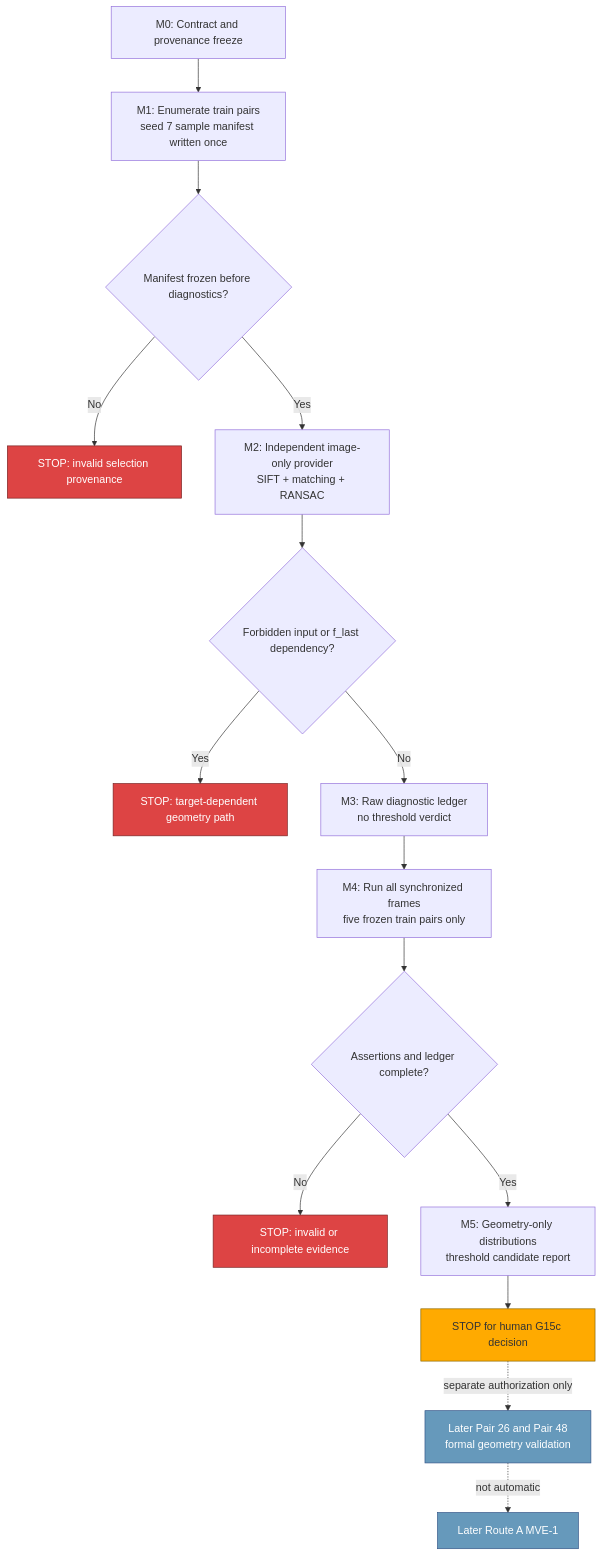
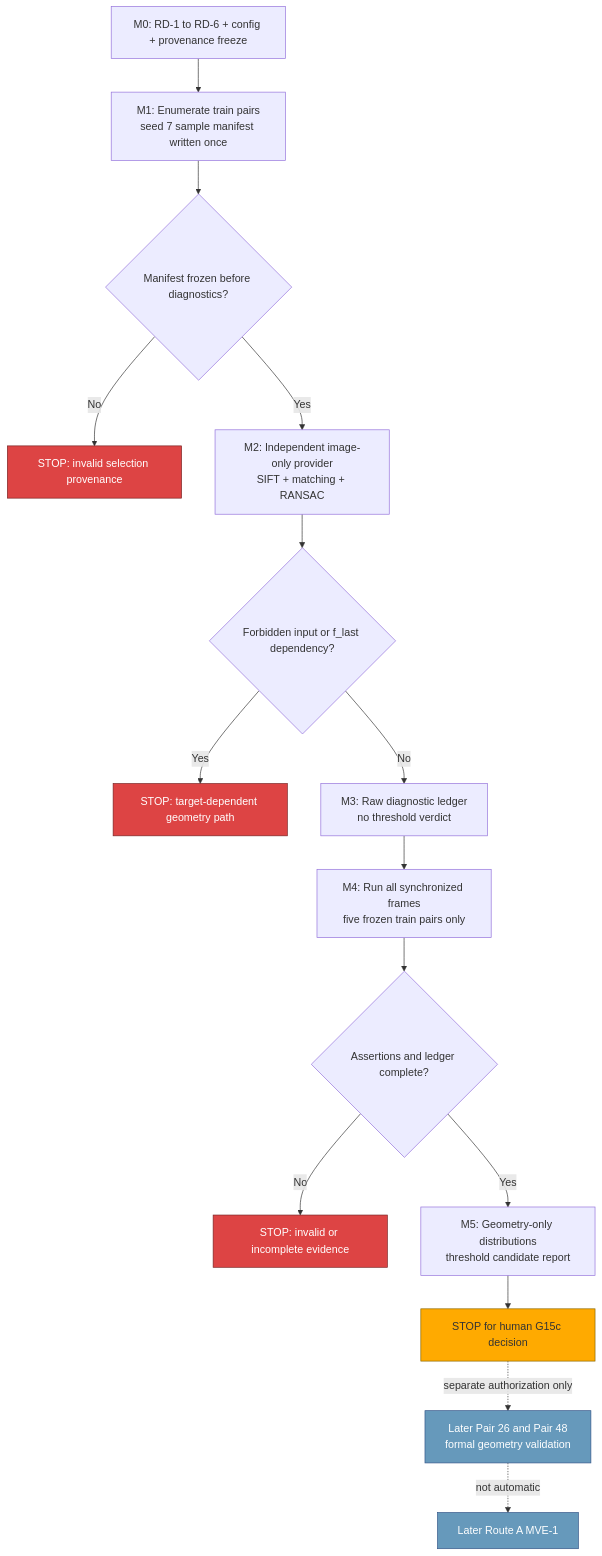
Before and after one commit to Judecoodingspace/matrix_async_comm_tracking: the diagram in mermaid/exp_20260823_001/independent_geometry_development_flow.mmd, drawn with Mermaid. The commit also changed 6 other files, not shown here.

Commit message:
exp: freeze independent geometry estimator contract

```diff
--- a/mermaid/exp_20260823_001/independent_geometry_development_flow.mmd
+++ b/mermaid/exp_20260823_001/independent_geometry_development_flow.mmd
@@ -1,22 +1,22 @@
 flowchart TD
-    A["M0: Contract and provenance freeze"] --> B["M1: Enumerate train pairs<br>seed 7 sample manifest written once"]
+    A["M0: RD-1 to RD-6 + config + provenance freeze"] --> B["M1: Enumerate train pairs<br>seed 7 sample manifest written once"]
     B --> C{"Manifest frozen before diagnostics?"}
     C -->|No| X["STOP: invalid selection provenance"]
     C -->|Yes| D["M2: Independent image-only provider<br>SIFT + matching + RANSAC"]
     D --> E{"Forbidden input or f_last dependency?"}
     E -->|Yes| Y["STOP: target-dependent geometry path"]
     E -->|No| F["M3: Raw diagnostic ledger<br>no threshold verdict"]
     F --> G["M4: Run all synchronized frames<br>five frozen train pairs only"]
     G --> H{"Assertions and ledger complete?"}
     H -->|No| Z["STOP: invalid or incomplete evidence"]
     H -->|Yes| I["M5: Geometry-only distributions<br>threshold candidate report"]
     I --> J["STOP for human G15c decision"]
     J -. "separate authorization only" .-> K["Later Pair 26 and Pair 48<br>formal geometry validation"]
     K -. "not automatic" .-> L["Later Route A MVE-1"]
 
     style X fill:#dd4444,stroke:#772222,color:#ffffff
     style Y fill:#dd4444,stroke:#772222,color:#ffffff
     style Z fill:#dd4444,stroke:#772222,color:#ffffff
     style J fill:#ffaa00,stroke:#886600
     style K fill:#6699bb,stroke:#335588,color:#ffffff
     style L fill:#6699bb,stroke:#335588,color:#ffffff
```
